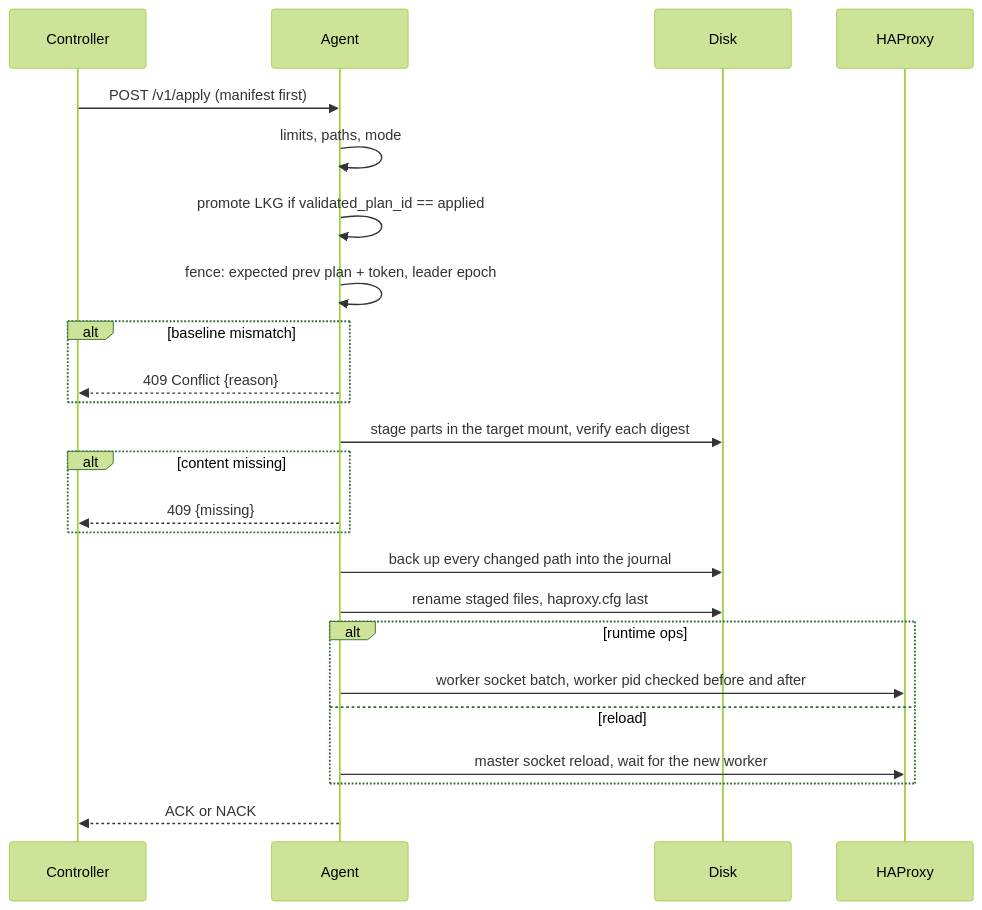
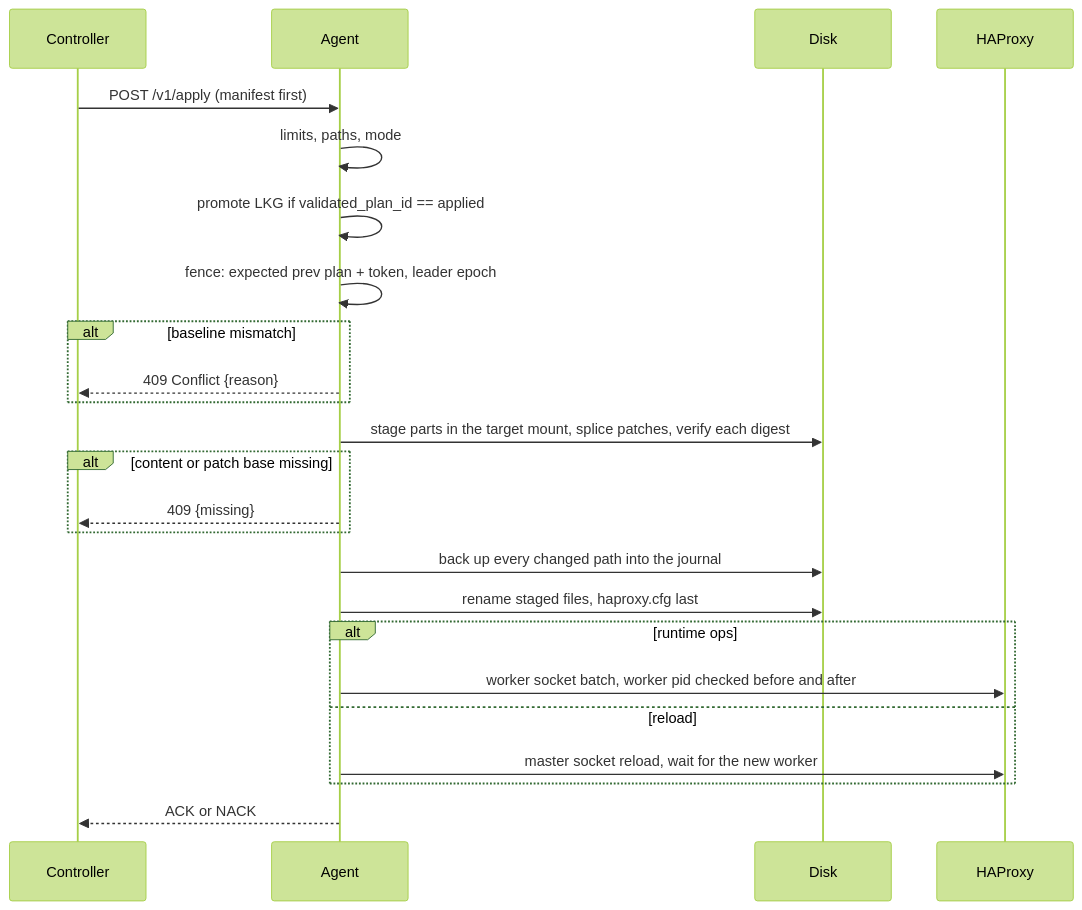
The first of 2 diagrams in docs/site/docs/development/agent.md (HAProxy-Template-IC/haproxy-template-ingress-controller), drawn with Mermaid (forest theme) before and after one commit. The commit also changed other lines of this file and 20 other files, not shown here.

````diff
--- a/docs/site/docs/development/agent.md
+++ b/docs/site/docs/development/agent.md
@@ -135,27 +146,27 @@
 ```mermaid
 sequenceDiagram
     participant C as Controller
     participant A as Agent
     participant D as Disk
     participant H as HAProxy
 
     C->>A: POST /v1/apply (manifest first)
     A->>A: limits, paths, mode
     A->>A: promote LKG if validated_plan_id == applied
     A->>A: fence: expected prev plan + token, leader epoch
     alt baseline mismatch
         A-->>C: 409 Conflict {reason}
     end
-    A->>D: stage parts in the target mount, verify each digest
-    alt content missing
+    A->>D: stage parts in the target mount, splice patches, verify each digest
+    alt content or patch base missing
         A-->>C: 409 {missing}
     end
     A->>D: back up every changed path into the journal
     A->>D: rename staged files, haproxy.cfg last
     alt runtime ops
         A->>H: worker socket batch, worker pid checked before and after
     else reload
         A->>H: master socket reload, wait for the new worker
     end
     A-->>C: ACK or NACK
 ```
````
